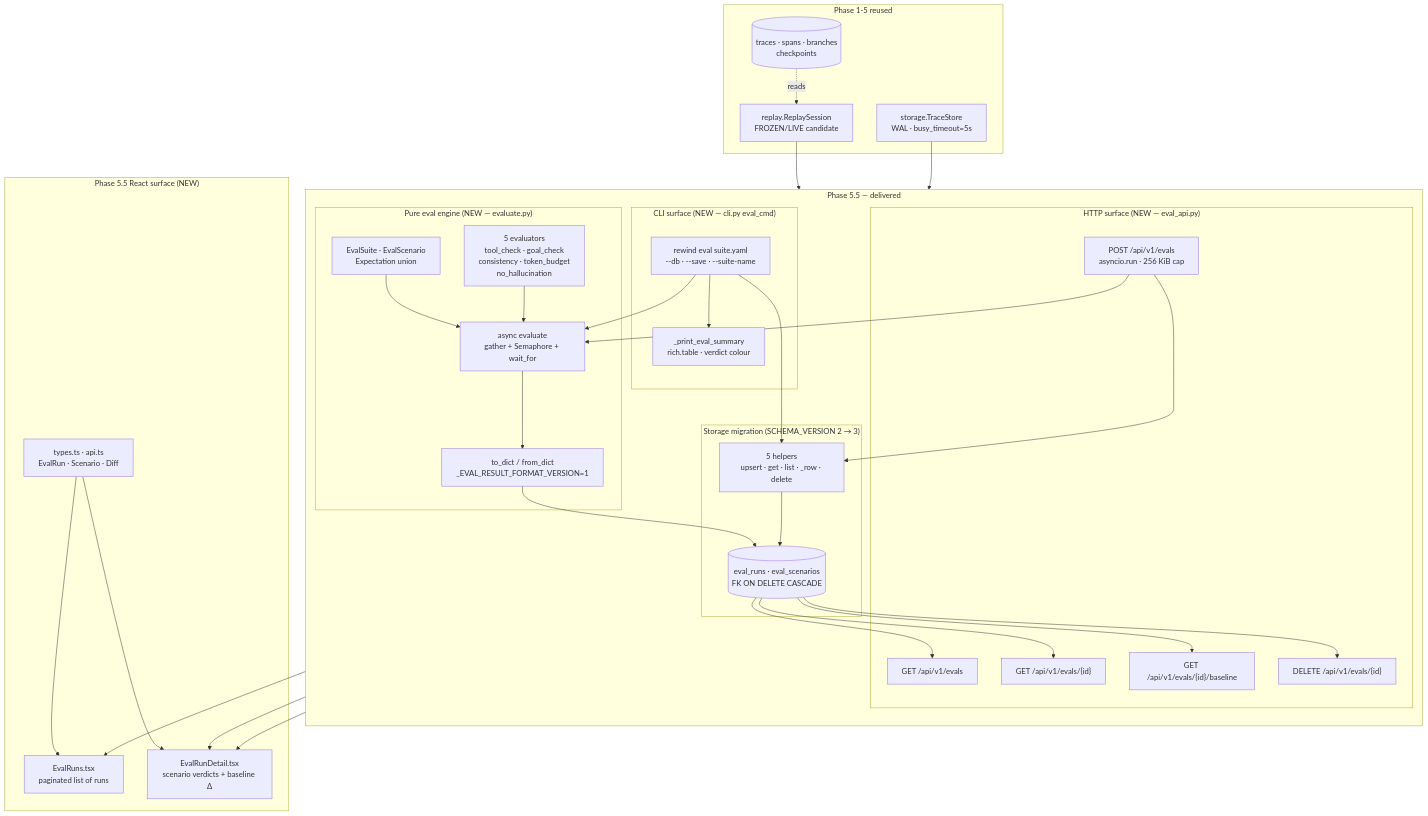
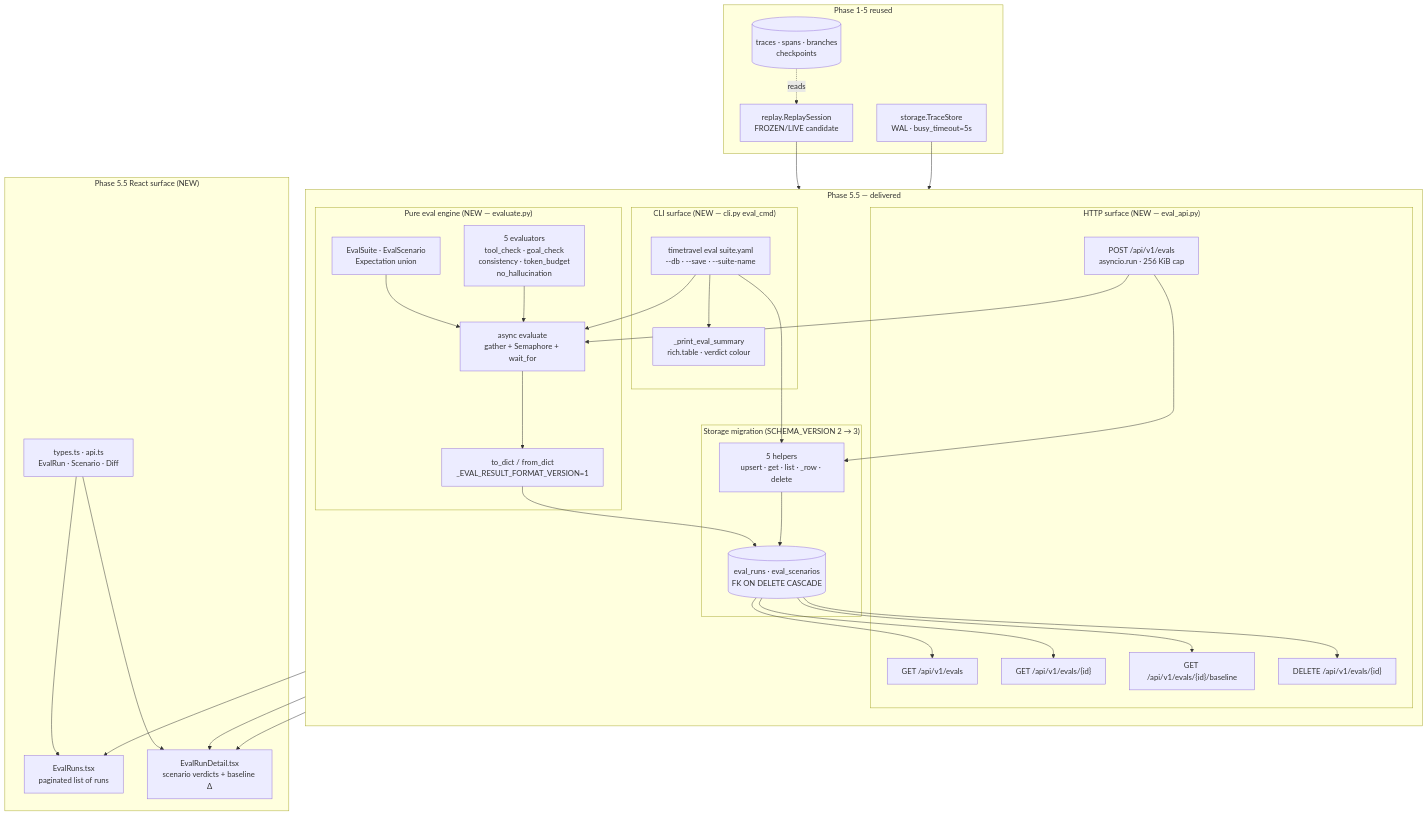
One commit to akshay-mp/Rewind changed the diagram in docs/diagrams/phase5.5-architecture.mmd. Above: the diagram before and after it, drawn with Mermaid. The commit also changed 244 other files, not shown here.

```diff
--- a/docs/diagrams/phase5.5-architecture.mmd
+++ b/docs/diagrams/phase5.5-architecture.mmd
@@ -1,71 +1,71 @@
 flowchart TB
     %% Phase 5.5 architecture — eval harness layered on top of the Phase 1-5
     %% capture/replay stack. New surfaces are highlighted as NEW; the reused
     %% storage layer is unchanged bar a migration.
 
     subgraph P55["Phase 5.5 — delivered"]
         direction TB
 
         subgraph EvalEngine["Pure eval engine (NEW — evaluate.py)"]
             Spec["EvalSuite · EvalScenario<br/>Expectation union"]
             Handlers["5 evaluators<br/>tool_check · goal_check<br/>consistency · token_budget<br/>no_hallucination"]
             Orchestrate["async evaluate<br/>gather + Semaphore + wait_for"]
             Serialize["to_dict / from_dict<br/>_EVAL_RESULT_FORMAT_VERSION=1"]
         end
 
         subgraph EvalStore["Storage migration (SCHEMA_VERSION 2 → 3)"]
             EvalTables[("eval_runs · eval_scenarios<br/>FK ON DELETE CASCADE")]
             FiveHelpers["5 helpers<br/>upsert · get · list · _row · delete"]
         end
 
         subgraph EvalApi["HTTP surface (NEW — eval_api.py)"]
             RoutesList["GET /api/v1/evals"]
             RoutesCreate["POST /api/v1/evals<br/>asyncio.run · 256 KiB cap"]
             RoutesGet["GET /api/v1/evals/{id}"]
             RoutesBaseline["GET /api/v1/evals/{id}/baseline"]
             RoutesDelete["DELETE /api/v1/evals/{id}"]
         end
 
         subgraph EvalCLI["CLI surface (NEW — cli.py eval_cmd)"]
-            Cli["rewind eval suite.yaml<br/>--db · --save · --suite-name"]
+            Cli["timetravel eval suite.yaml<br/>--db · --save · --suite-name"]
             CliSummary["_print_eval_summary<br/>rich.table · verdict colour"]
         end
     end
 
     subgraph P55UI["Phase 5.5 React surface (NEW)"]
         EvalRunsList["EvalRuns.tsx<br/>paginated list of runs"]
         EvalRunDetailComp["EvalRunDetail.tsx<br/>scenario verdicts + baseline Δ"]
         TypesNew["types.ts · api.ts<br/>EvalRun · Scenario · Diff"]
     end
 
     subgraph Reused["Phase 1-5 reused"]
         Replay["replay.ReplaySession<br/>FROZEN/LIVE candidate"]
         StoreV3["storage.TraceStore<br/>WAL · busy_timeout=5s"]
         ExistingTrace[("traces · spans · branches<br/>checkpoints")]
     end
 
     %% flow
     Spec --> Orchestrate
     Handlers --> Orchestrate
     Replay --> Orchestrate
     Orchestrate --> Serialize
     Serialize --> EvalTables
     FiveHelpers --> EvalTables
     EvalTables --> RoutesList
     EvalTables --> RoutesGet
     EvalTables --> RoutesBaseline
     EvalTables --> RoutesDelete
     RoutesCreate --> Orchestrate
     RoutesCreate --> FiveHelpers
     Cli --> Orchestrate
     Cli --> CliSummary
     Cli --> FiveHelpers
 
     RoutesList --> EvalRunsList
     RoutesGet --> EvalRunDetailComp
     RoutesBaseline --> EvalRunDetailComp
     TypesNew --> EvalRunsList
     TypesNew --> EvalRunDetailComp
 
     StoreV3 --> EvalStore
     ExistingTrace -. reads .-> Replay
```
